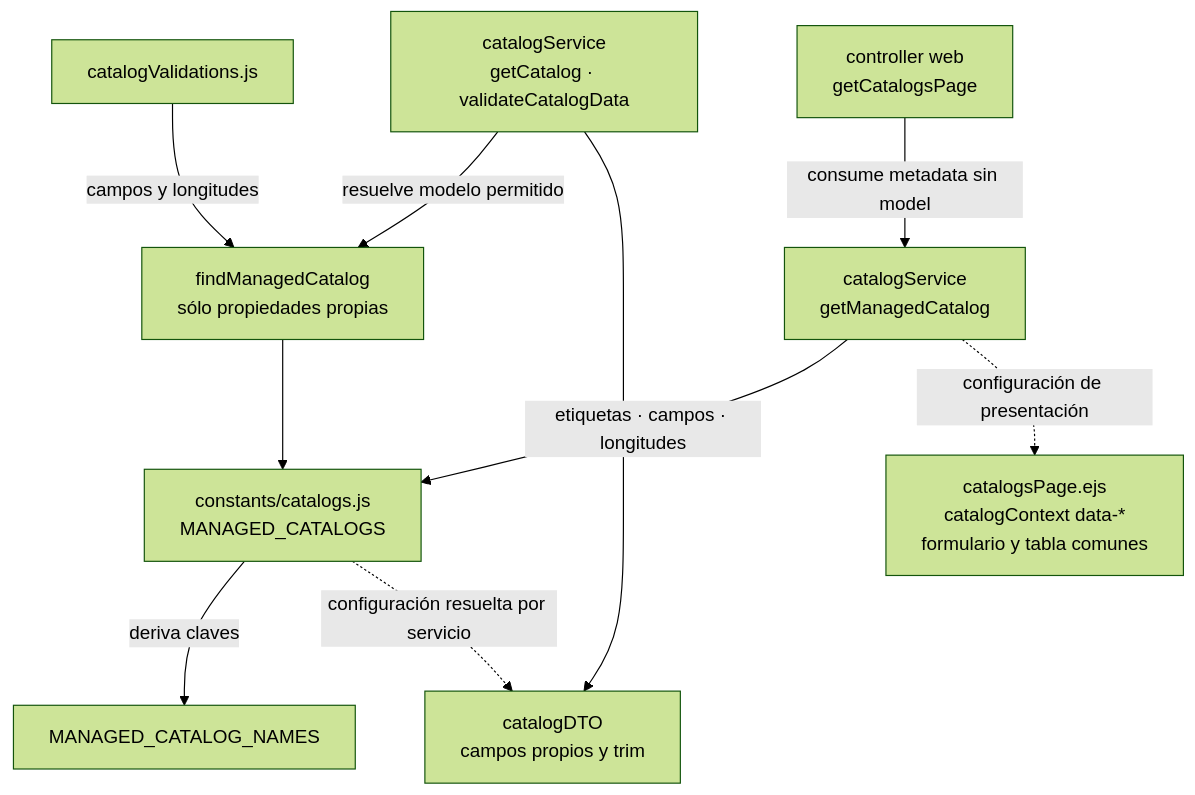
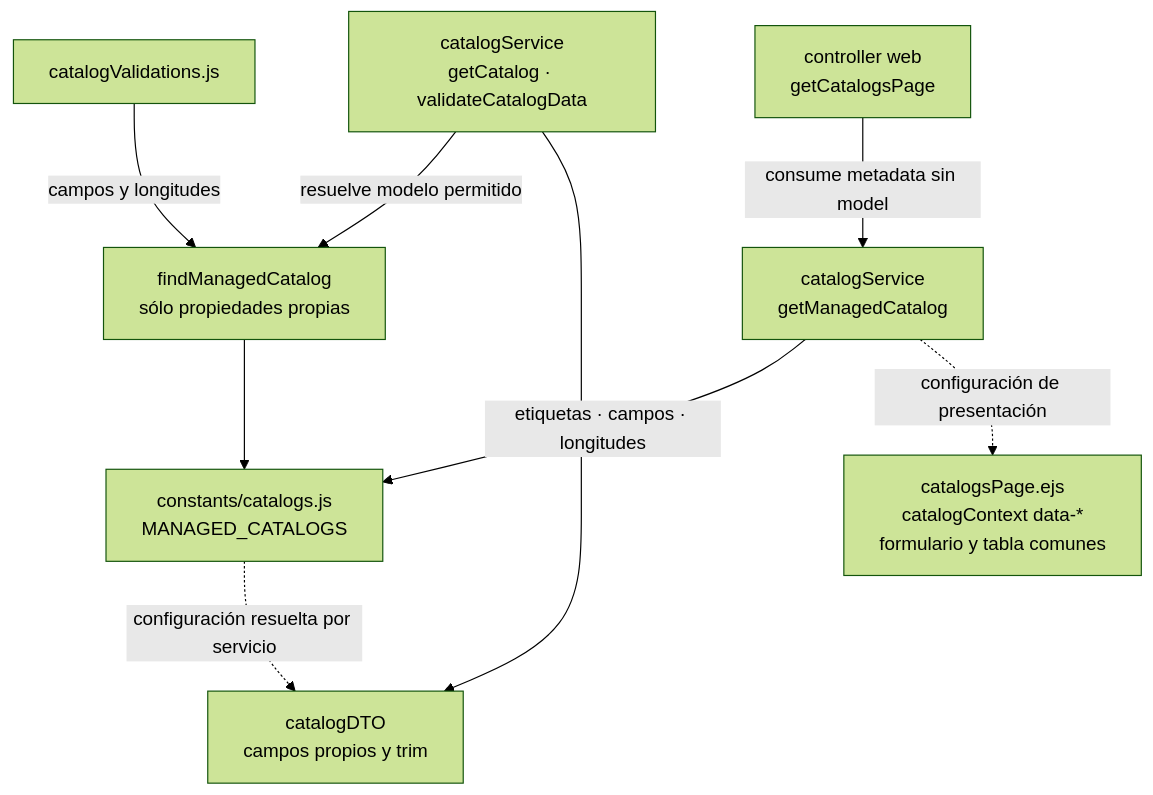
Before and after one commit to gpgsistemas01/nexus: the diagram in back/docs/architecture/views/development/design-and-construction-patterns/08-catalog-registry-and-allowlist.md, drawn with Mermaid (forest theme). The commit also changed 37 other files, not shown here.

````diff
--- a/back/docs/architecture/views/development/design-and-construction-patterns/08-catalog-registry-and-allowlist.md
+++ b/back/docs/architecture/views/development/design-and-construction-patterns/08-catalog-registry-and-allowlist.md
@@ -24,12 +24,12 @@
 ```mermaid
 flowchart TB
-    registry["constants/catalogs.js<br/>MANAGED_CATALOGS"] -->|deriva claves| names["MANAGED_CATALOG_NAMES"]
+    registry["constants/catalogs.js<br/>MANAGED_CATALOGS"]
     lookup["findManagedCatalog<br/>sólo propiedades propias"] --> registry
     validator["catalogValidations.js"] -->|campos y longitudes| lookup
     service["catalogService<br/>getCatalog · validateCatalogData"] -->|resuelve modelo permitido| lookup
     service --> dto["catalogDTO<br/>campos propios y trim"]
     registry -.->|configuración resuelta por servicio| dto
     metadata["catalogService<br/>getManagedCatalog"] -->|etiquetas · campos · longitudes| registry
     web["controller web<br/>getCatalogsPage"] -->|consume metadata sin model| metadata
     metadata -.->|configuración de presentación| view["catalogsPage.ejs<br/>catalogContext data-*<br/>formulario y tabla comunes"]
 ```
````
